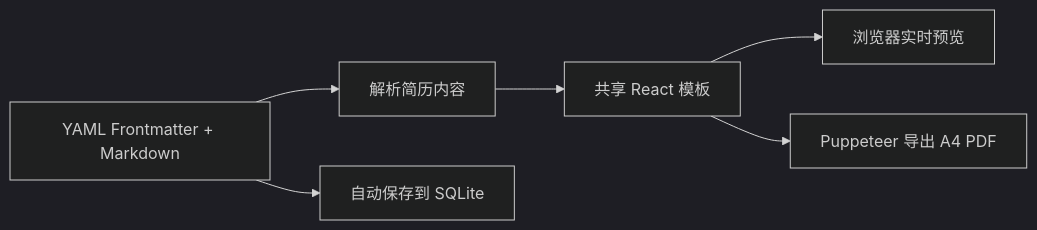
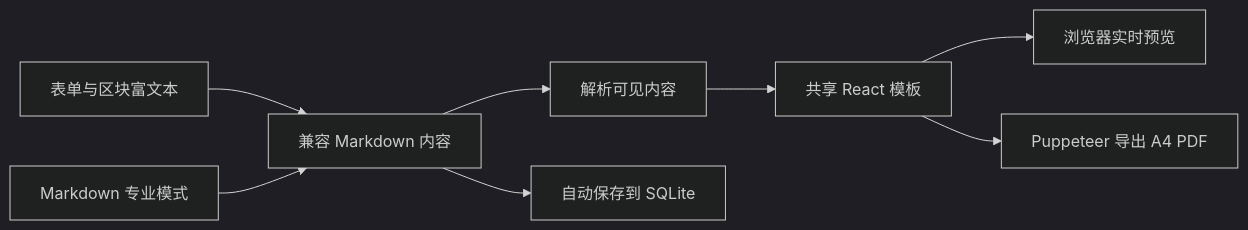
One commit to bosshanz/resumer changed the diagram in README.md. Above: the diagram before and after it, drawn with Mermaid (dark theme). The commit also changed other lines of this file and 95 other files, not shown here.

````diff
--- a/README.md
+++ b/README.md
@@ -26,8 +43,10 @@
 ```mermaid
 flowchart LR
-  A["YAML Frontmatter + Markdown"] --> B["解析简历内容"]
+  V["表单与区块富文本"] --> A["兼容 Markdown 内容"]
+  M["Markdown 专业模式"] --> A
+  A --> B["解析可见内容"]
   B --> C["共享 React 模板"]
   C --> D["浏览器实时预览"]
   C --> E["Puppeteer 导出 A4 PDF"]
   A --> F["自动保存到 SQLite"]
 ```
````
